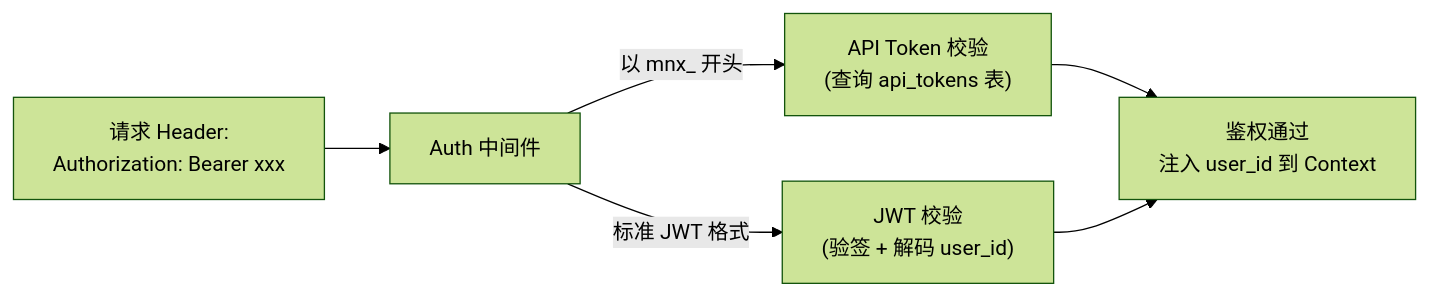
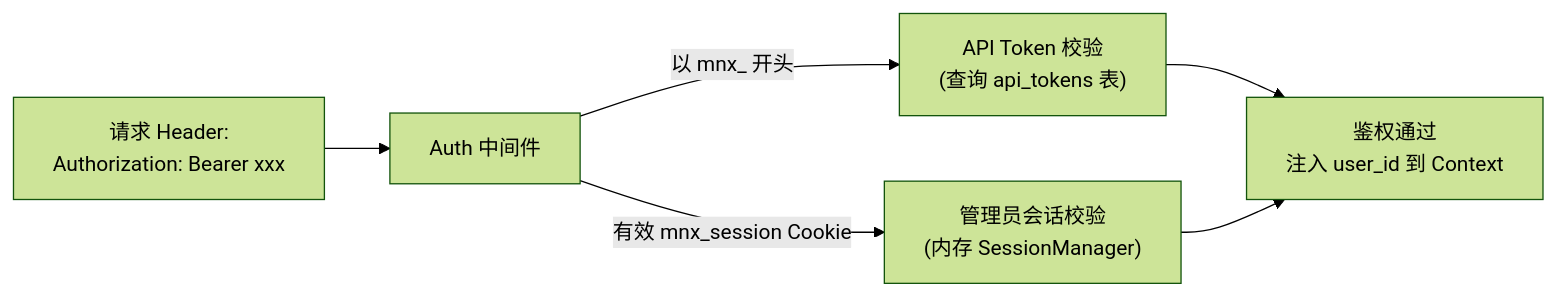
The second of 4 diagrams in docs/系统设计文档.md (PoxenStudio/MyNexus), drawn with Mermaid (forest theme) before and after one commit. The commit also changed other lines of this file and 12 other files, not shown here.

````diff
--- a/docs/系统设计文档.md
+++ b/docs/系统设计文档.md
@@ -171,8 +171,8 @@
 ```mermaid
 flowchart LR
     REQ["请求 Header:<br/>Authorization: Bearer xxx"] --> MW["Auth 中间件"]
     MW -- "以 mnx_ 开头" --> TOKEN["API Token 校验<br/>(查询 api_tokens 表)"]
-    MW -- "标准 JWT 格式" --> JWT["JWT 校验<br/>(验签 + 解码 user_id)"]
+    MW -- "有效 mnx_session Cookie" --> SESSION["管理员会话校验<br/>(内存 SessionManager)"]
     TOKEN --> OK["鉴权通过<br/>注入 user_id 到 Context"]
-    JWT --> OK
+    SESSION --> OK
 ```
````
